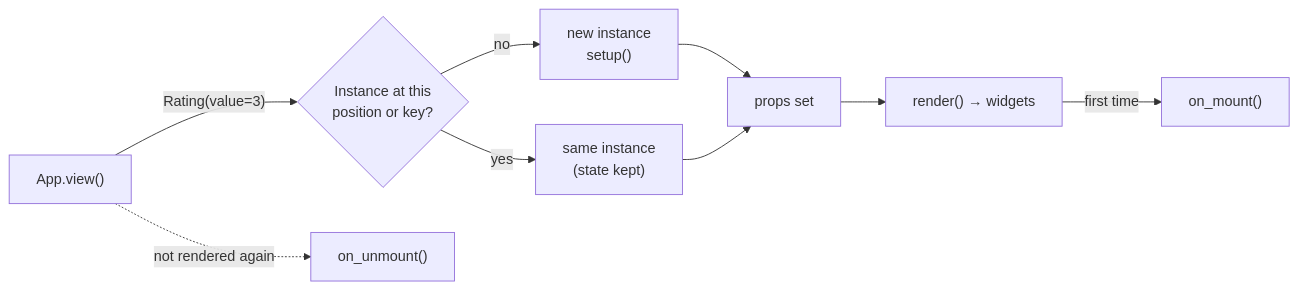
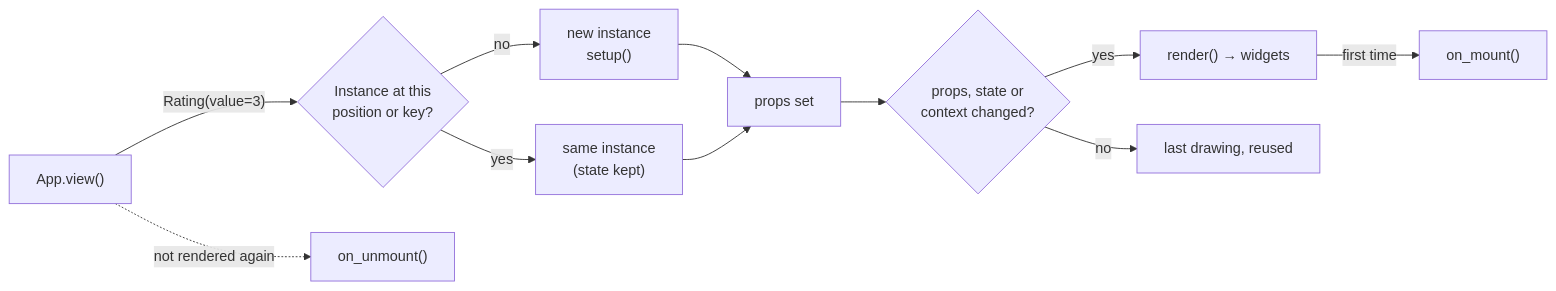
Before and after one commit to albakore/pyzed: the diagram in docs/src/content/docs/guides/components.md, drawn with Mermaid. The commit also changed other lines of this file and 13 other files, not shown here.

````diff
--- a/docs/src/content/docs/guides/components.md
+++ b/docs/src/content/docs/guides/components.md
@@ -100,11 +100,13 @@
 ```mermaid
 flowchart LR
     View["App.view()"] -->|"Rating(value=3)"| Slot{"Instance at this<br/>position or key?"}
     Slot -->|no| New["new instance<br/>setup()"]
     Slot -->|yes| Same["same instance<br/>(state kept)"]
     New --> Props["props set"]
     Same --> Props
-    Props --> Render["render() → widgets"]
+    Props --> Changed{"props, state or<br/>context changed?"}
+    Changed -->|yes| Render["render() → widgets"]
+    Changed -->|no| Last["last drawing, reused"]
     Render -->|first time| Mount["on_mount()"]
     View -.->|not rendered again| Unmount["on_unmount()"]
 ```
````
